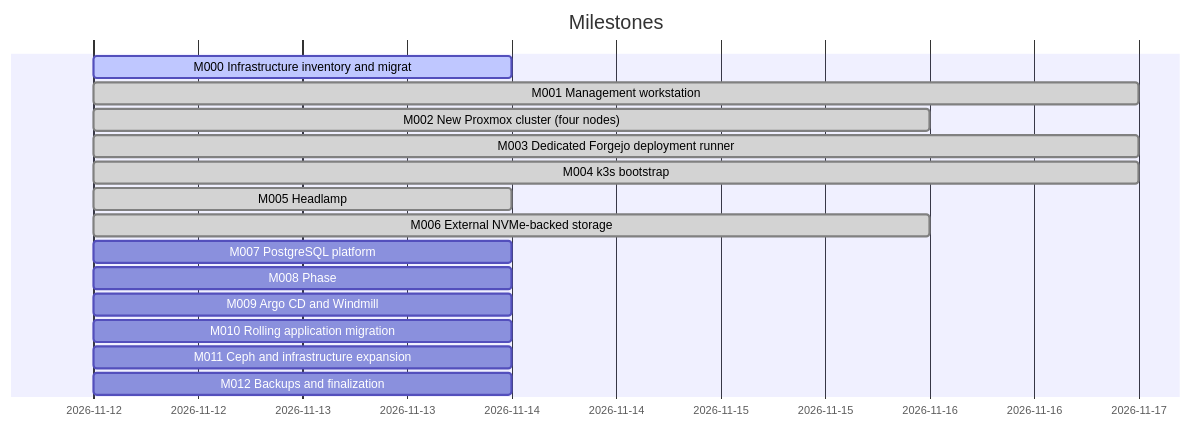
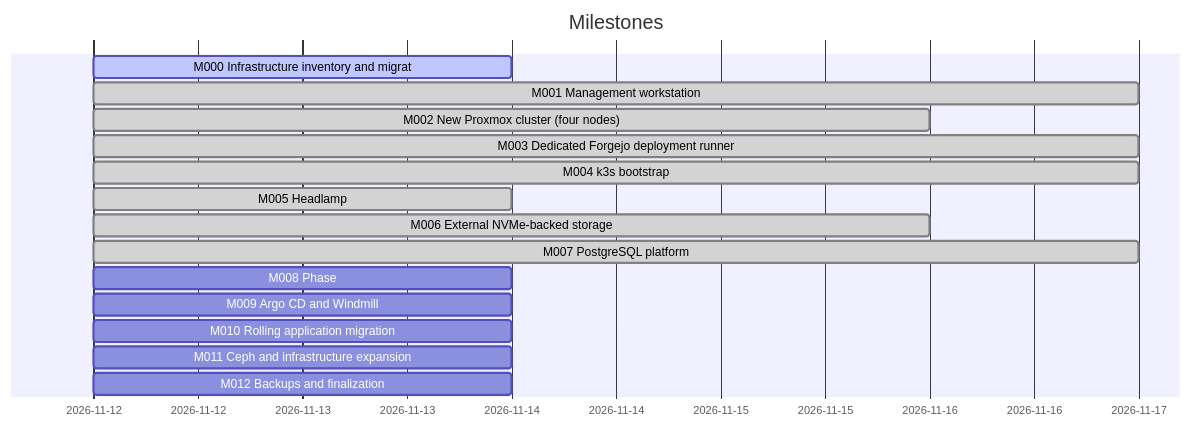
Before and after one commit to doku-code/homelab-iac: the diagram in docs/dashboard.md, drawn with Mermaid. The commit also changed other lines of this file and 31 other files, not shown here.

First line of the commit message:
feat(postgresql): shared PostgreSQL on three Patroni VMs outside k3s (TASK-018)

````diff
--- a/docs/dashboard.md
+++ b/docs/dashboard.md
@@ -35,18 +35,18 @@
 ```mermaid
 gantt
     dateFormat YYYY-MM-DD
     title Milestones
     M000 Infrastructure inventory and migrat :active, m000, 2026-11-12, 2026-11-14
     M001 Management workstation :done, m001, 2026-11-12, 2026-11-17
     M002 New Proxmox cluster (four nodes) :done, m002, 2026-11-12, 2026-11-16
     M003 Dedicated Forgejo deployment runner :done, m003, 2026-11-12, 2026-11-17
     M004 k3s bootstrap :done, m004, 2026-11-12, 2026-11-17
     M005 Headlamp :done, m005, 2026-11-12, 2026-11-14
     M006 External NVMe-backed storage :done, m006, 2026-11-12, 2026-11-16
-    M007 PostgreSQL platform :m007, 2026-11-12, 2026-11-14
+    M007 PostgreSQL platform :done, m007, 2026-11-12, 2026-11-17
     M008 Phase :m008, 2026-11-12, 2026-11-14
     M009 Argo CD and Windmill :m009, 2026-11-12, 2026-11-14
     M010 Rolling application migration :m010, 2026-11-12, 2026-11-14
     M011 Ceph and infrastructure expansion :m011, 2026-11-12, 2026-11-14
     M012 Backups and finalization :m012, 2026-11-12, 2026-11-14
 ```
````
